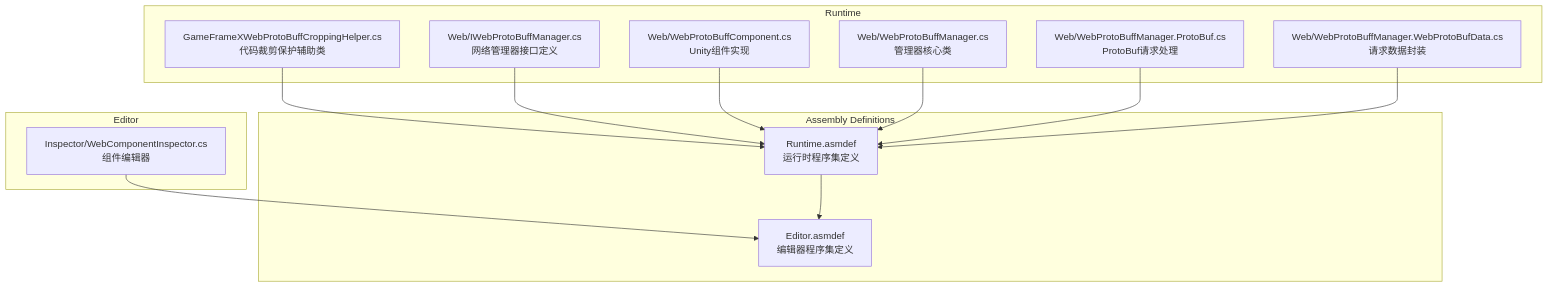
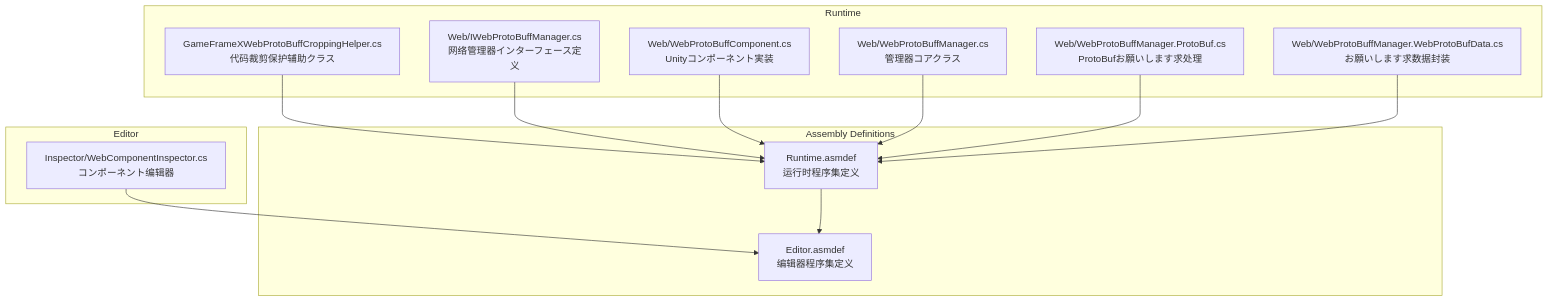
The second of 4 diagrams in docs/ja/client/unity/component/web-protobuff/01.overview.md (AlianBlank/GameFrameX.Docs), drawn with Mermaid before and after one commit. The commit also changed other lines of this file and 603 other files, not shown here.

````diff
--- a/docs/ja/client/unity/component/web-protobuff/01.overview.md
+++ b/docs/ja/client/unity/component/web-protobuff/01.overview.md
@@ -84,29 +84,29 @@
 ```mermaid
 graph TD
     subgraph Runtime["Runtime"]
-        A[GameFrameXWebProtoBuffCroppingHelper.cs<br/>代码裁剪保护辅助类]
-        B[Web/IWebProtoBuffManager.cs<br/>网络管理器接口定义]
-        C[Web/WebProtoBuffComponent.cs<br/>Unity组件实现]
-        D[Web/WebProtoBuffManager.cs<br/>管理器核心类]
-        E[Web/WebProtoBuffManager.ProtoBuf.cs<br/>ProtoBuf请求处理]
-        F[Web/WebProtoBuffManager.WebProtoBufData.cs<br/>请求数据封装]
+        A[GameFrameXWebProtoBuffCroppingHelper.cs<br/>代码裁剪保护辅助クラス]
+        B[Web/IWebProtoBuffManager.cs<br/>网络管理器インターフェース定义]
+        C[Web/WebProtoBuffComponent.cs<br/>Unityコンポーネント実装]
+        D[Web/WebProtoBuffManager.cs<br/>管理器コアクラス]
+        E[Web/WebProtoBuffManager.ProtoBuf.cs<br/>ProtoBufお願いします求处理]
+        F[Web/WebProtoBuffManager.WebProtoBufData.cs<br/>お願いします求数据封装]
     end
 
     subgraph Editor["Editor"]
-        G[Inspector/WebComponentInspector.cs<br/>组件编辑器]
+        G[Inspector/WebComponentInspector.cs<br/>コンポーネント编辑器]
     end
 
     subgraph Defs["Assembly Definitions"]
         H[Runtime.asmdef<br/>运行时程序集定义]
         I[Editor.asmdef<br/>编辑器程序集定义]
     end
 
     A --> H
     B --> H
     C --> H
     D --> H
     E --> H
     F --> H
     G --> I
     H --> I
 ```
````
